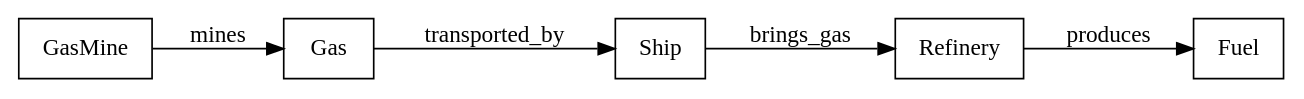
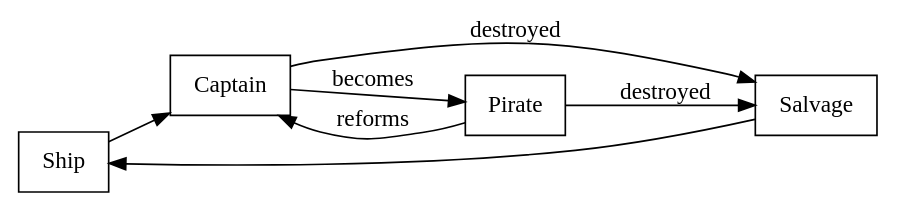
One commit to YarekTyshchenko/WorldSim changed the diagram in WorldSim/graph.dot. Above: the diagram before and after it, drawn with Graphviz. The commit also changed 5 other files, not shown here.

```diff
--- a/WorldSim/graph.dot
+++ b/WorldSim/graph.dot
@@ -1,9 +1,11 @@
 digraph G {
     graph [rankdir=LR]
     node [shape=box]
 
-    Refinery -> Fuel [label=produces]
-    GasMine -> Gas [label=mines]
-    Gas -> Ship [label=transported_by]
-    Ship -> Refinery [label=brings_gas]
+    Ship -> Captain
+    Captain -> Salvage [label=destroyed]
+    Captain -> Pirate [label=becomes]
+    Pirate -> Salvage [label=destroyed]
+    Pirate -> Captain [label=reforms]
+    Salvage -> Ship
 }
```
